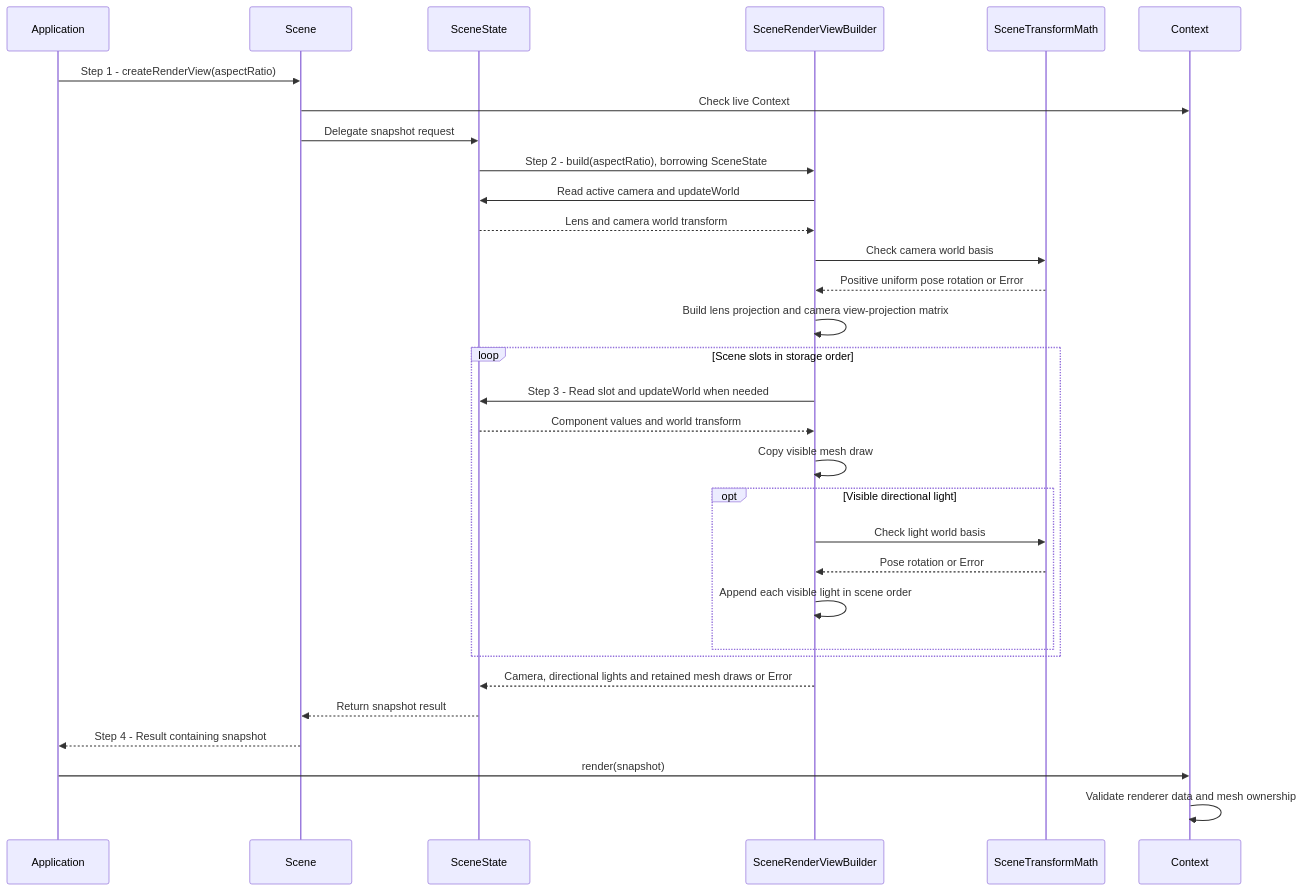
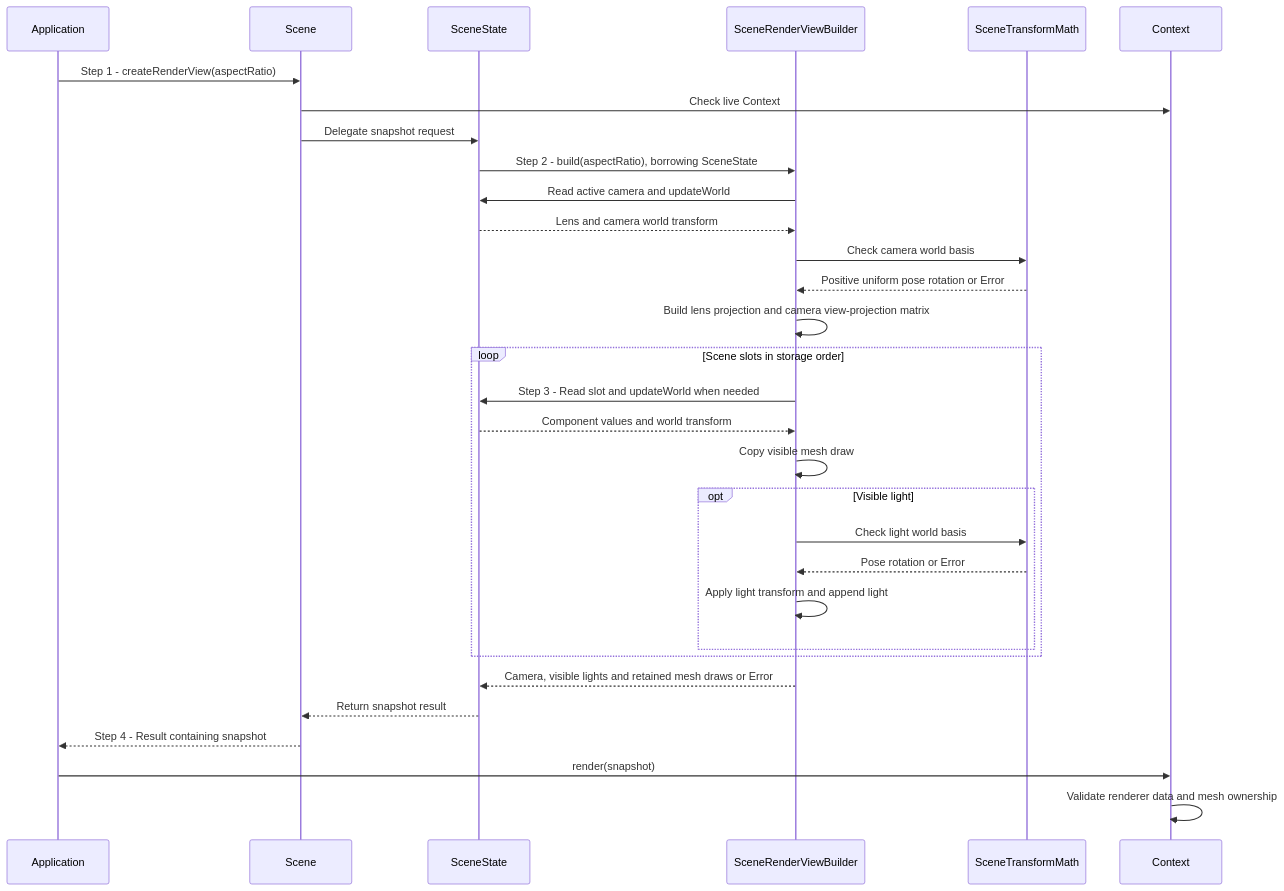
Before and after one commit to a-soltysik/Panda: the diagram in docs/use-cases/render-scene-transforms.md, drawn with Mermaid. The commit also changed other lines of this file and 47 other files, not shown here.

````diff
--- a/docs/use-cases/render-scene-transforms.md
+++ b/docs/use-cases/render-scene-transforms.md
@@ -47,33 +47,33 @@
 ```mermaid
 sequenceDiagram
     participant A as Application
     participant S as Scene
     participant D as SceneState
     participant B as SceneRenderViewBuilder
     participant M as SceneTransformMath
     participant C as Context
     A->>S: Step 1 - createRenderView(aspectRatio)
     S->>C: Check live Context
     S->>D: Delegate snapshot request
     D->>B: Step 2 - build(aspectRatio), borrowing SceneState
     B->>D: Read active camera and updateWorld
     D-->>B: Lens and camera world transform
     B->>M: Check camera world basis
     M-->>B: Positive uniform pose rotation or Error
     B->>B: Build lens projection and camera view-projection matrix
     loop Scene slots in storage order
         B->>D: Step 3 - Read slot and updateWorld when needed
         D-->>B: Component values and world transform
         B->>B: Copy visible mesh draw
-        opt Visible directional light
+        opt Visible light
             B->>M: Check light world basis
             M-->>B: Pose rotation or Error
-            B->>B: Append each visible light in scene order
+            B->>B: Apply light transform and append light
         end
     end
-    B-->>D: Camera, directional lights and retained mesh draws or Error
+    B-->>D: Camera, visible lights and retained mesh draws or Error
     D-->>S: Return snapshot result
     S-->>A: Step 4 - Result containing snapshot
     A->>C: render(snapshot)
     C->>C: Validate renderer data and mesh ownership
 ```
````
